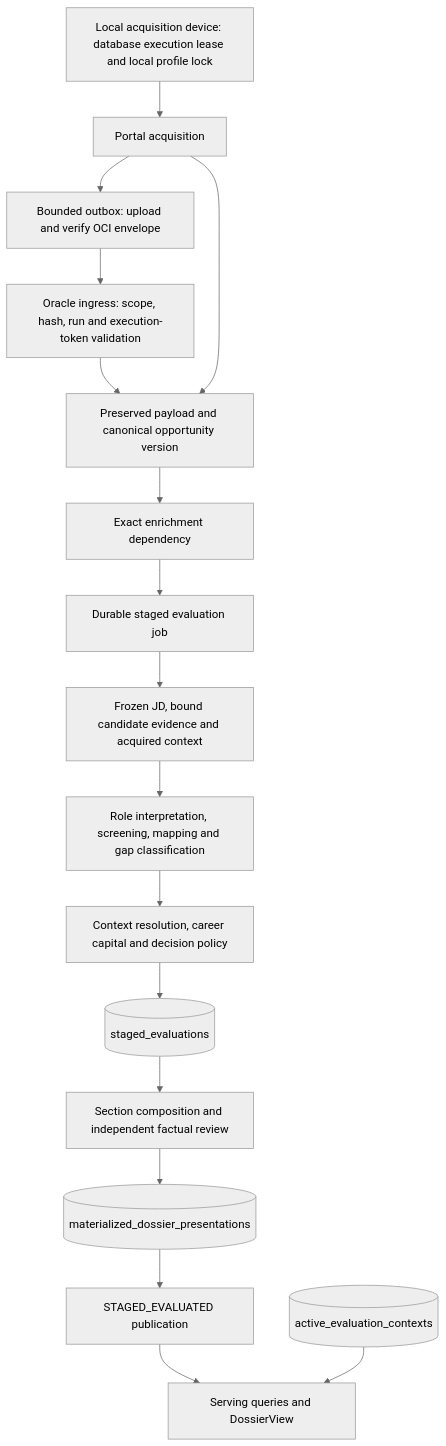
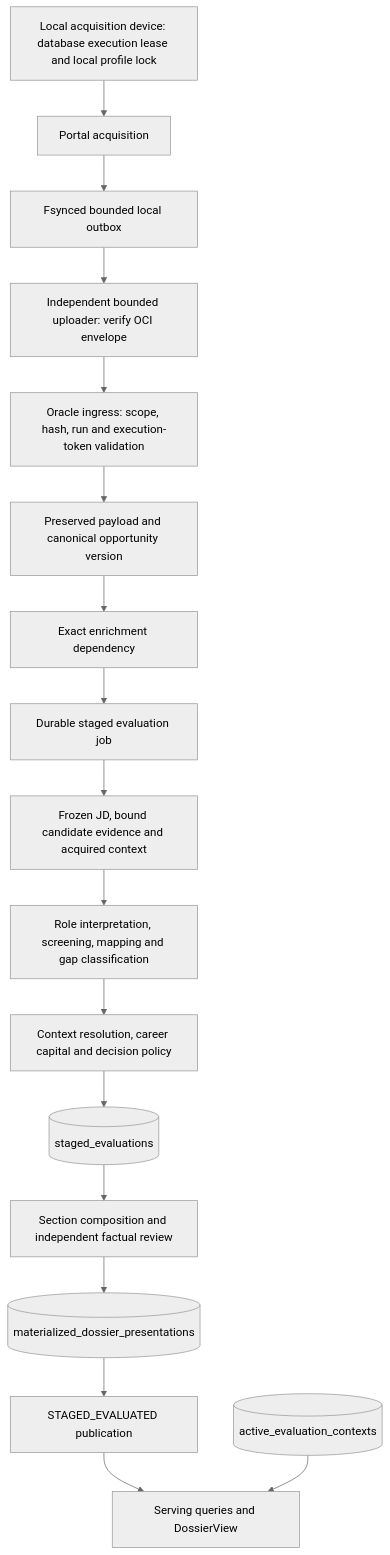
Before and after one commit to swapnilshuk1/RadarV2: the diagram in docs/ARCHITECTURE.md, drawn with Mermaid (neutral theme). The commit also changed 23 other files, not shown here.

Commit message:
Decouple durable acquisition transfer from portal capture

````diff
--- a/docs/ARCHITECTURE.md
+++ b/docs/ARCHITECTURE.md
@@ -41,19 +41,21 @@
 ```mermaid
 flowchart TD
   X[Local acquisition device: database execution lease and local profile lock] --> A
-  A --> Y[Bounded outbox: upload and verify OCI envelope]
+  A --> Q[Fsynced bounded local outbox]
+  Q --> Y[Independent bounded uploader: verify OCI envelope]
   Y --> Z[Oracle ingress: scope, hash, run and execution-token validation]
   Z --> B
-  A[Portal acquisition] --> B[Preserved payload and canonical opportunity version]
+  A[Portal acquisition]
+  B[Preserved payload and canonical opportunity version]
   B --> C[Exact enrichment dependency]
   C --> D[Durable staged evaluation job]
   D --> E[Frozen JD, bound candidate evidence and acquired context]
   E --> F[Role interpretation, screening, mapping and gap classification]
   F --> G[Context resolution, career capital and decision policy]
   G --> H[(staged_evaluations)]
   H --> I[Section composition and independent factual review]
   I --> J[(materialized_dossier_presentations)]
   J --> K[STAGED_EVALUATED publication]
   K --> L[Serving queries and DossierView]
   M[(active_evaluation_contexts)] --> L
 ```
````
